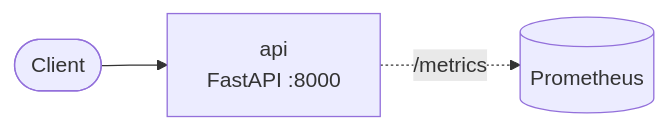
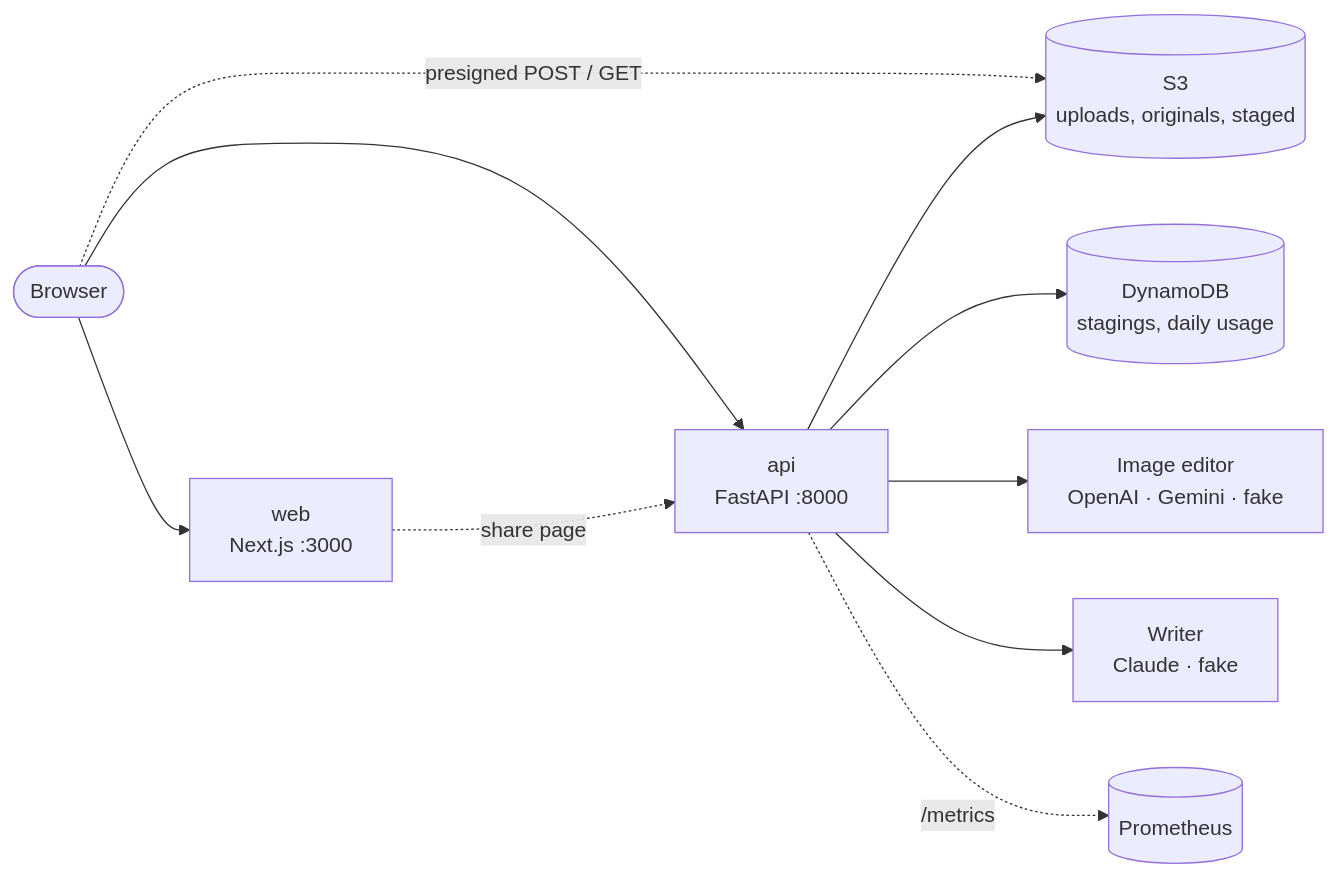
Before and after one commit to codewithmuh/ai-virtual-staging-aws-eks: the diagram in docs/architecture.md, drawn with Mermaid. The commit also changed other lines of this file and 102 other files, not shown here.

````diff
--- a/docs/architecture.md
+++ b/docs/architecture.md
@@ -14,5 +14,12 @@
 ```mermaid
 flowchart LR
-    client([Client]) --> api[api<br/>FastAPI :8000]
+    client([Browser]) --> web[web<br/>Next.js :3000]
+    client --> api[api<br/>FastAPI :8000]
+    web -. share page .-> api
+    client -. presigned POST / GET .-> s3[(S3<br/>uploads, originals, staged)]
+    api --> s3
+    api --> ddb[(DynamoDB<br/>stagings, daily usage)]
+    api --> editor[Image editor<br/>OpenAI · Gemini · fake]
+    api --> writer[Writer<br/>Claude · fake]
     api -. /metrics .-> prom[(Prometheus)]
 ```
````
